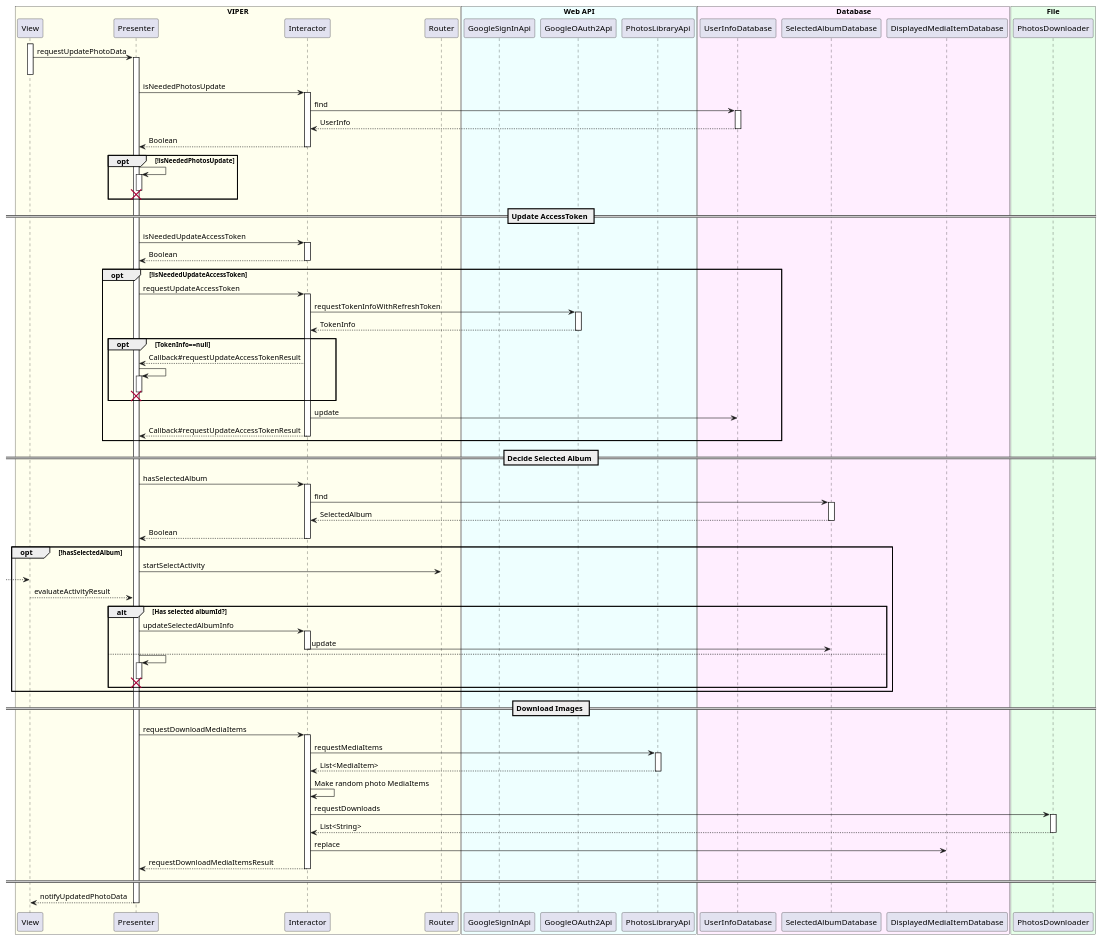
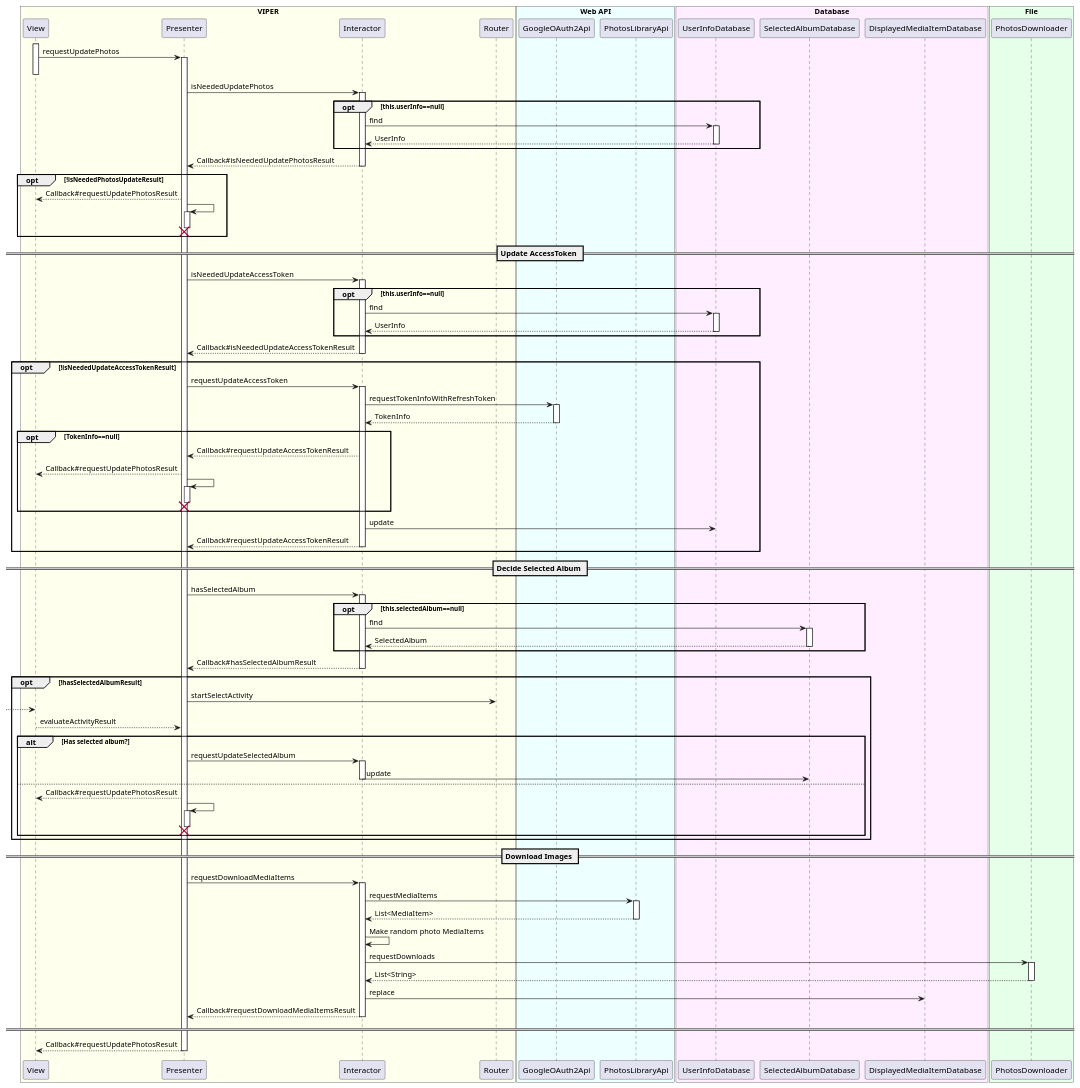
The diagram in uml/main/sequence_diagram_main_bk.md (sallyluenoa/PhotoSlideShow), drawn with PlantUML before and after one commit. The commit also changed 5 other files, not shown here.

First line of the commit message:
Write UML for design #13

```diff
--- a/uml/main/sequence_diagram_main_bk.md
+++ b/uml/main/sequence_diagram_main_bk.md
@@ -7,7 +7,6 @@
 end box
 
 box "Web API" #EEFFFF
-  participant GoogleSignInApi
   participant GoogleOAuth2Api
   participant PhotosLibraryApi
 end box
@@ -22,16 +21,20 @@
   participant PhotosDownloader
 end box
 
+
 View++
-View -> Presenter++: requestUpdatePhotoData
+View -> Presenter++: requestUpdatePhotos
 View--
 
-Presenter -> Interactor++: isNeededPhotosUpdate
-  Interactor -> UserInfoDatabase++: find
-  return UserInfo
-return Boolean
+Presenter -> Interactor++: isNeededUpdatePhotos
+  opt this.userInfo==null
+    Interactor -> UserInfoDatabase++: find
+    return UserInfo
+  end
+return Callback#isNeededUpdatePhotosResult
 
-opt !isNeededPhotosUpdate
+opt !isNeededPhotosUpdateResult
+  View <-- Presenter: Callback#requestUpdatePhotosResult
   Presenter -> Presenter++
   destroy Presenter
 end
@@ -39,15 +42,20 @@
 == Update AccessToken ==
 
 Presenter -> Interactor++: isNeededUpdateAccessToken
-return Boolean
+  opt this.userInfo==null
+    Interactor -> UserInfoDatabase++: find
+    return UserInfo
+  end
+return Callback#isNeededUpdateAccessTokenResult
 
-opt !isNeededUpdateAccessToken
+opt !isNeededUpdateAccessTokenResult
   Presenter -> Interactor++: requestUpdateAccessToken
   Interactor -> GoogleOAuth2Api++: requestTokenInfoWithRefreshToken
   return TokenInfo
 
   opt TokenInfo==null
     Presenter <-- Interactor: Callback#requestUpdateAccessTokenResult
+    View <-- Presenter: Callback#requestUpdatePhotosResult
     Presenter -> Presenter++
     destroy Presenter
   end
@@ -59,20 +67,23 @@
 == Decide Selected Album ==
 
 Presenter -> Interactor++: hasSelectedAlbum
-  Interactor -> SelectedAlbumDatabase++: find
-  return SelectedAlbum
-return Boolean
+  opt this.selectedAlbum==null
+    Interactor -> SelectedAlbumDatabase++: find
+    return SelectedAlbum
+  end
+return Callback#hasSelectedAlbumResult
 
-opt !hasSelectedAlbum
+opt !hasSelectedAlbumResult
   Presenter -> Router: startSelectActivity
   [--> View
   View --> Presenter: evaluateActivityResult
 
-  alt Has selected albumId?
-    Presenter -> Interactor++: updateSelectedAlbumInfo
+  alt Has selected album?
+    Presenter -> Interactor++: requestUpdateSelectedAlbum
     Interactor -> SelectedAlbumDatabase: update
     Interactor--
   else
+    View <-- Presenter: Callback#requestUpdatePhotosResult
     Presenter -> Presenter++
     destroy Presenter
   end
@@ -92,9 +103,9 @@
 
   Interactor -> DisplayedMediaItemDatabase: replace
 
-Presenter <-- Interactor--: requestDownloadMediaItemsResult
+Presenter <-- Interactor--: Callback#requestDownloadMediaItemsResult
 
 ====
 
-View <-- Presenter--: notifyUpdatedPhotoData
+View <-- Presenter--: Callback#requestUpdatePhotosResult
 @enduml
```
